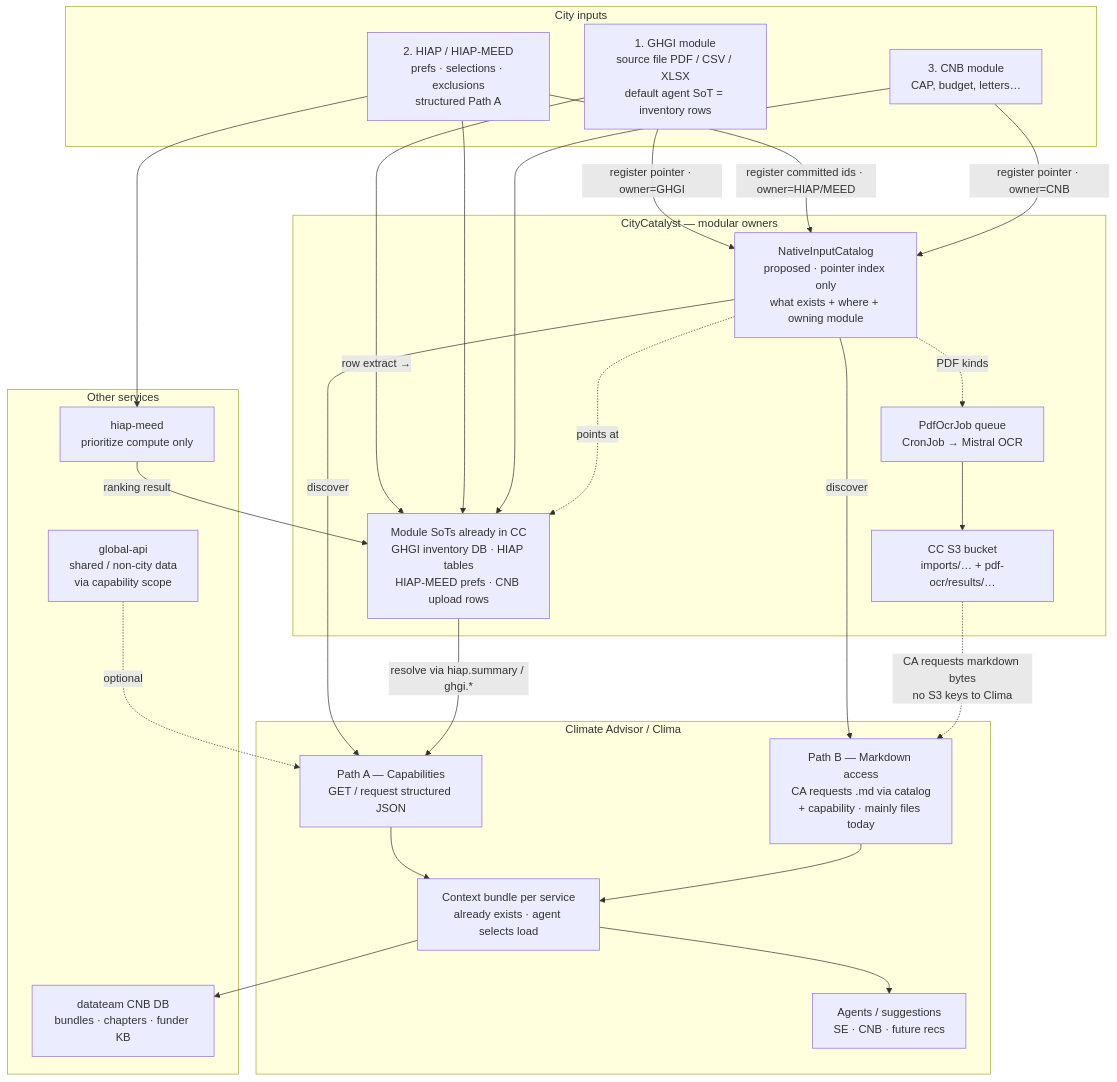
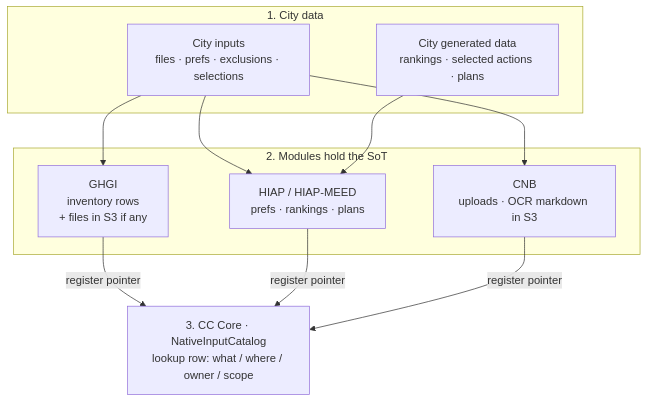
The first of 3 diagrams in docs/NativeDocumentStorageArchitecture.md (Open-Earth-Foundation/CityCatalyst), drawn with Mermaid before and after one commit. The commit also changed other lines of this file, not shown here.

First line of the commit message:
docs(CC-553): align NativeInputCatalog with architecture check

````diff
--- a/docs/NativeDocumentStorageArchitecture.md
+++ b/docs/NativeDocumentStorageArchitecture.md
@@ -41,53 +92,24 @@
 ```mermaid
 flowchart TB
-  subgraph Intakes["City inputs"]
-    GHGI["1. GHGI module<br/>source file PDF / CSV / XLSX<br/>default agent SoT = inventory rows"]
-    HIAP["2. HIAP / HIAP-MEED<br/>prefs · selections · exclusions<br/>structured Path A"]
-    CNB["3. CNB module<br/>CAP, budget, letters…"]
+  subgraph CityData["1. City data"]
+    Inputs["City inputs<br/>files · prefs · exclusions · selections"]
+    Generated["City generated data<br/>rankings · selected actions · plans"]
   end
 
-  subgraph CC["CityCatalyst — modular owners"]
-    Catalog["NativeInputCatalog<br/>proposed · pointer index only<br/>what exists + where + owning module"]
-    S3["CC S3 bucket<br/>imports/… + pdf-ocr/results/…"]
-    OCR["PdfOcrJob queue<br/>CronJob → Mistral OCR"]
-    Prod["Module SoTs already in CC<br/>GHGI inventory DB · HIAP tables<br/>HIAP-MEED prefs · CNB upload rows"]
+  subgraph Modules["2. Modules hold the SoT"]
+    GHGI["GHGI<br/>inventory rows<br/>+ files in S3 if any"]
+    HIAP["HIAP / HIAP-MEED<br/>prefs · rankings · plans"]
+    CNB["CNB<br/>uploads · OCR markdown in S3"]
   end
 
-  subgraph Other["Other services"]
-    MEED["hiap-meed<br/>prioritize compute only"]
-    GlobalAPI["global-api<br/>shared / non-city data<br/>via capability scope"]
-    CNBDB["datateam CNB DB<br/>bundles · chapters · funder KB"]
-  end
+  Catalog["3. CC Core · NativeInputCatalog<br/>lookup row: what / where / owner / scope"]
 
-  subgraph CA["Climate Advisor / Clima"]
-    PathA["Path A — Capabilities<br/>GET / request structured JSON"]
-    PathB["Path B — Markdown access<br/>CA requests .md via catalog<br/>+ capability · mainly files today"]
-    Bundle["Context bundle per service<br/>already exists · agent selects load"]
-    Agents["Agents / suggestions<br/>SE · CNB · future recs"]
-  end
+  Inputs --> GHGI
+  Inputs --> HIAP
+  Inputs --> CNB
+  Generated --> HIAP
 
-  GHGI -->|"register pointer · owner=GHGI"| Catalog
-  HIAP -->|"register committed ids · owner=HIAP/MEED"| Catalog
-  CNB -->|"register pointer · owner=CNB"| Catalog
-
-  GHGI -->|"row extract →"| Prod
-  HIAP --> Prod
-  HIAP --> MEED
-  MEED -->|"ranking result"| Prod
-  CNB --> Prod
-
-  Catalog -.->|"points at"| Prod
-  Catalog -.->|"PDF kinds"| OCR
-  OCR --> S3
-
-  Catalog -->|"discover"| PathA
-  Catalog -->|"discover"| PathB
-  Prod -->|"resolve via hiap.summary / ghgi.*"| PathA
-  S3 -.->|"CA requests markdown bytes<br/>no S3 keys to Clima"| PathB
-  GlobalAPI -.->|"optional"| PathA
-
-  PathA --> Bundle
-  PathB --> Bundle
-  Bundle --> CNBDB
-  Bundle --> Agents
+  GHGI -->|"register pointer"| Catalog
+  HIAP -->|"register pointer"| Catalog
+  CNB -->|"register pointer"| Catalog
 ```
````
